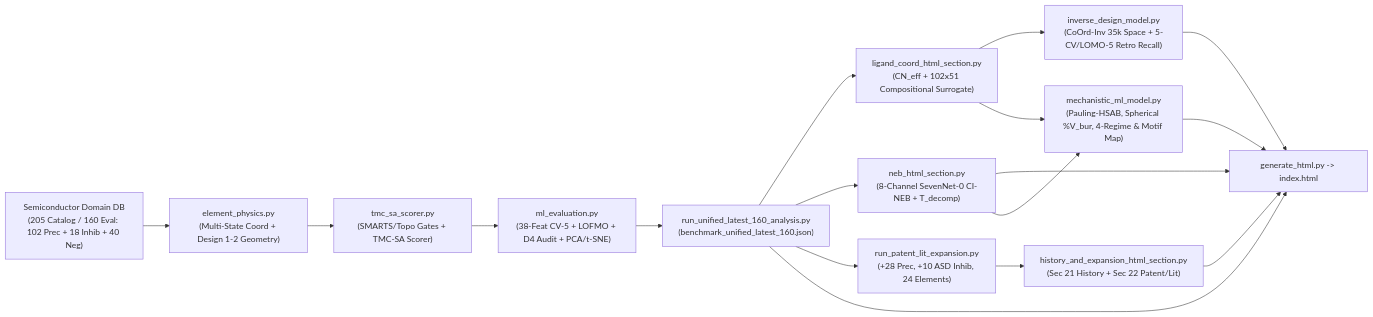
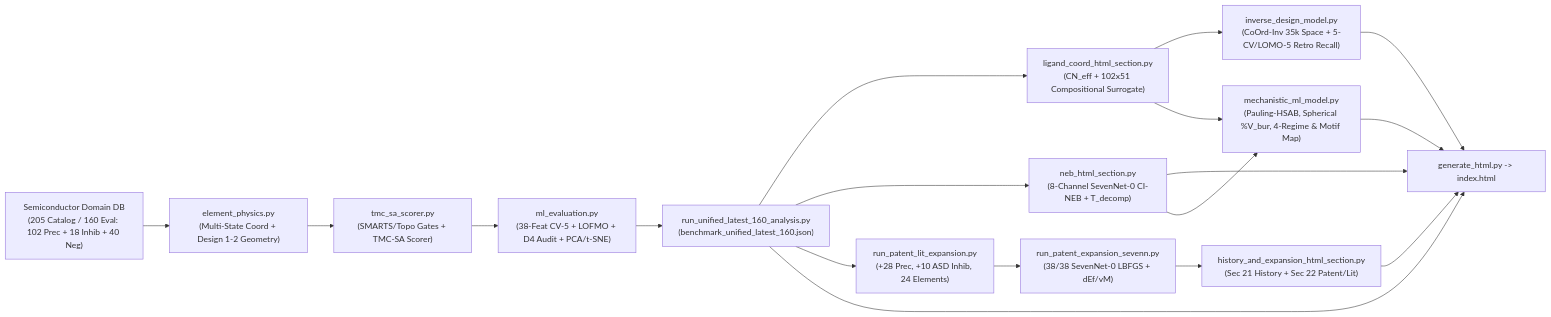
One commit to DonghLee57/study_synthetic_accessibility changed the first of 2 diagrams in README.md. Above: the diagram before and after it, drawn with Mermaid. The commit also changed other lines of this file and 12 other files, not shown here.

Commit message:
feat: enrich 38 patent/literature expansion DB with SevenNet-0 3D physical descriptors

````diff
--- a/README.md
+++ b/README.md
@@ -187,19 +188,20 @@
 ```mermaid
 flowchart LR
     DB["Semiconductor Domain DB<br>(205 Catalog / 160 Eval: 102 Prec + 18 Inhib + 40 Neg)"] --> EP["element_physics.py<br>(Multi-State Coord + Design 1-2 Geometry)"]
     EP --> TS["tmc_sa_scorer.py<br>(SMARTS/Topo Gates + TMC-SA Scorer)"]
     TS --> MLE["ml_evaluation.py<br>(38-Feat CV-5 + LOFMO + D4 Audit + PCA/t-SNE)"]
     MLE --> ORCH["run_unified_latest_160_analysis.py<br>(benchmark_unified_latest_160.json)"]
     ORCH --> LIG["ligand_coord_html_section.py<br>(CN_eff + 102x51 Compositional Surrogate)"]
     ORCH --> NEB["neb_html_section.py<br>(8-Channel SevenNet-0 CI-NEB + T_decomp)"]
     LIG --> INV["inverse_design_model.py<br>(CoOrd-Inv 35k Space + 5-CV/LOMO-5 Retro Recall)"]
     NEB --> HTML["generate_html.py -> index.html"]
     INV --> HTML
     LIG --> MECH["mechanistic_ml_model.py<br>(Pauling-HSAB, Spherical %V_bur, 4-Regime & Motif Map)"]
     NEB --> MECH
     MECH --> HTML
     ORCH --> EXP["run_patent_lit_expansion.py<br>(+28 Prec, +10 ASD Inhib, 24 Elements)"]
-    EXP --> HIST["history_and_expansion_html_section.py<br>(Sec 21 History + Sec 22 Patent/Lit)"]
+    EXP --> EXP7N["run_patent_expansion_sevenn.py<br>(38/38 SevenNet-0 LBFGS + dEf/vM)"]
+    EXP7N --> HIST["history_and_expansion_html_section.py<br>(Sec 21 History + Sec 22 Patent/Lit)"]
     HIST --> HTML
     ORCH --> HTML
 ```
````
